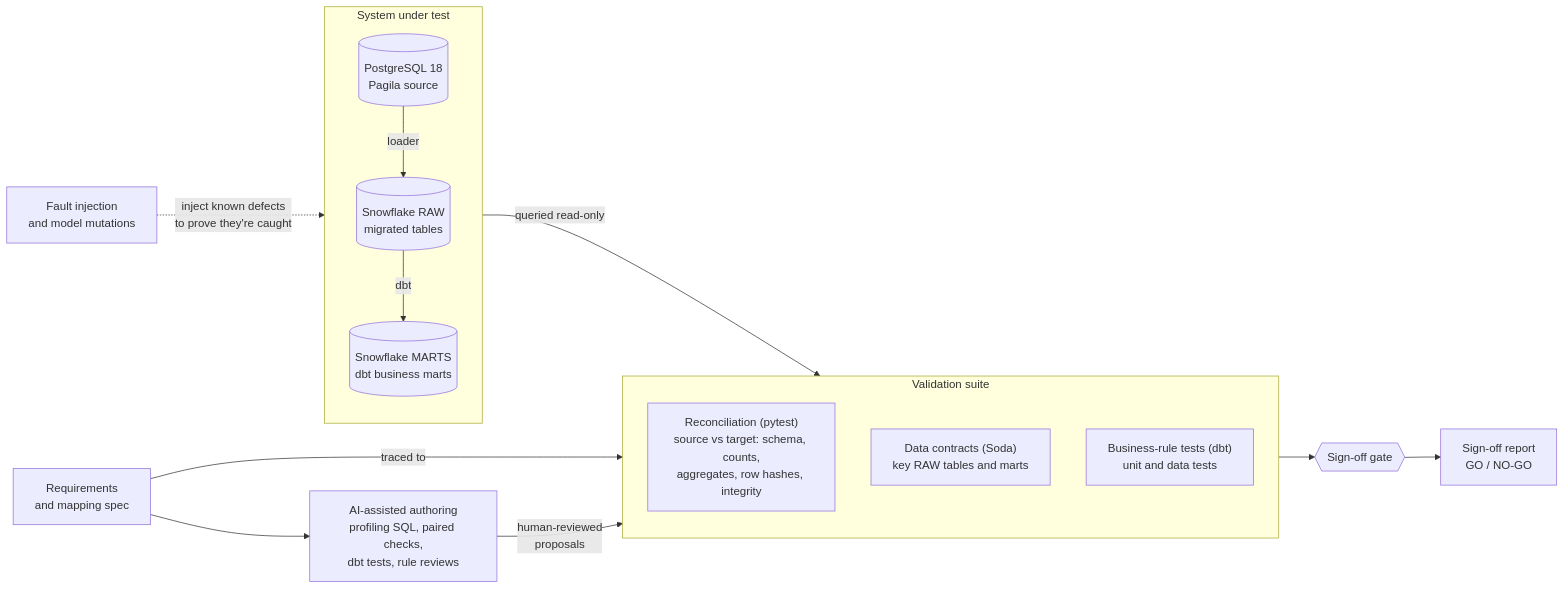
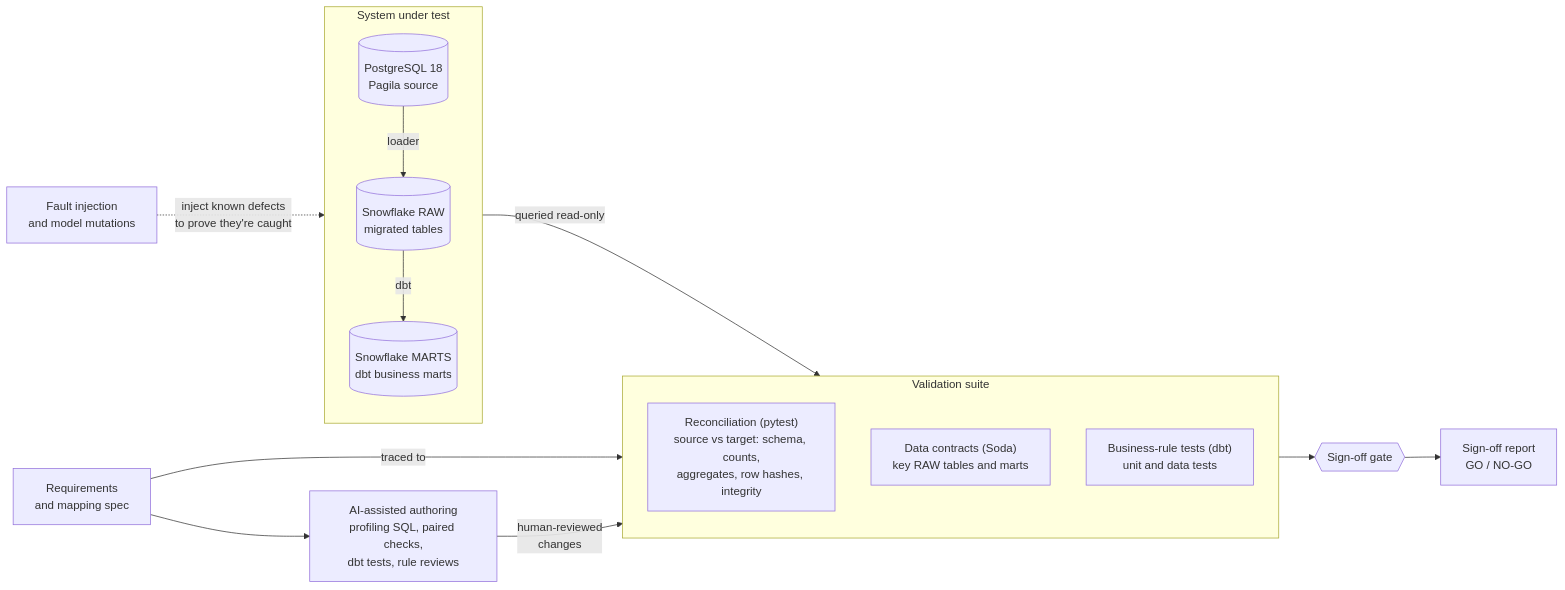
Before and after one commit to cjbramble/pagila-to-snowflake: the diagram in README.md, drawn with Mermaid. The commit also changed other lines of this file and 7 other files, not shown here.

````diff
--- a/README.md
+++ b/README.md
@@ -9,31 +9,31 @@
 ```mermaid
 flowchart LR
     subgraph sut["System under test"]
         direction TB
         PG[("PostgreSQL 18<br>Pagila source")]
         RAW[("Snowflake RAW<br>migrated tables")]
         MARTS[("Snowflake MARTS<br>dbt business marts")]
         PG -- "loader" --> RAW -- "dbt" --> MARTS
     end
 
     REQ["Requirements<br>and mapping spec"]
 
     subgraph suite["Validation suite"]
         direction TB
         REC["Reconciliation (pytest)<br>source vs target: schema, counts,<br>aggregates, row hashes, integrity"]
         SODA["Data contracts (Soda)<br>key RAW tables and marts"]
         RULES["Business-rule tests (dbt)<br>unit and data tests"]
     end
 
     GATE{{"Sign-off gate"}}
     REPORT["Sign-off report<br>GO / NO-GO"]
 
     AUTHOR["AI-assisted authoring<br>profiling SQL, paired checks,<br>dbt tests, rule reviews"]
     FAULTS["Fault injection<br>and model mutations"]
 
     sut -- "queried read-only" --> suite
     REQ -- "traced to" --> suite
-    REQ --> AUTHOR -- "human-reviewed<br>proposals" --> suite
+    REQ --> AUTHOR -- "human-reviewed<br>changes" --> suite
     FAULTS -. "inject known defects<br>to prove they're caught" .-> sut
     suite --> GATE --> REPORT
 ```
````
